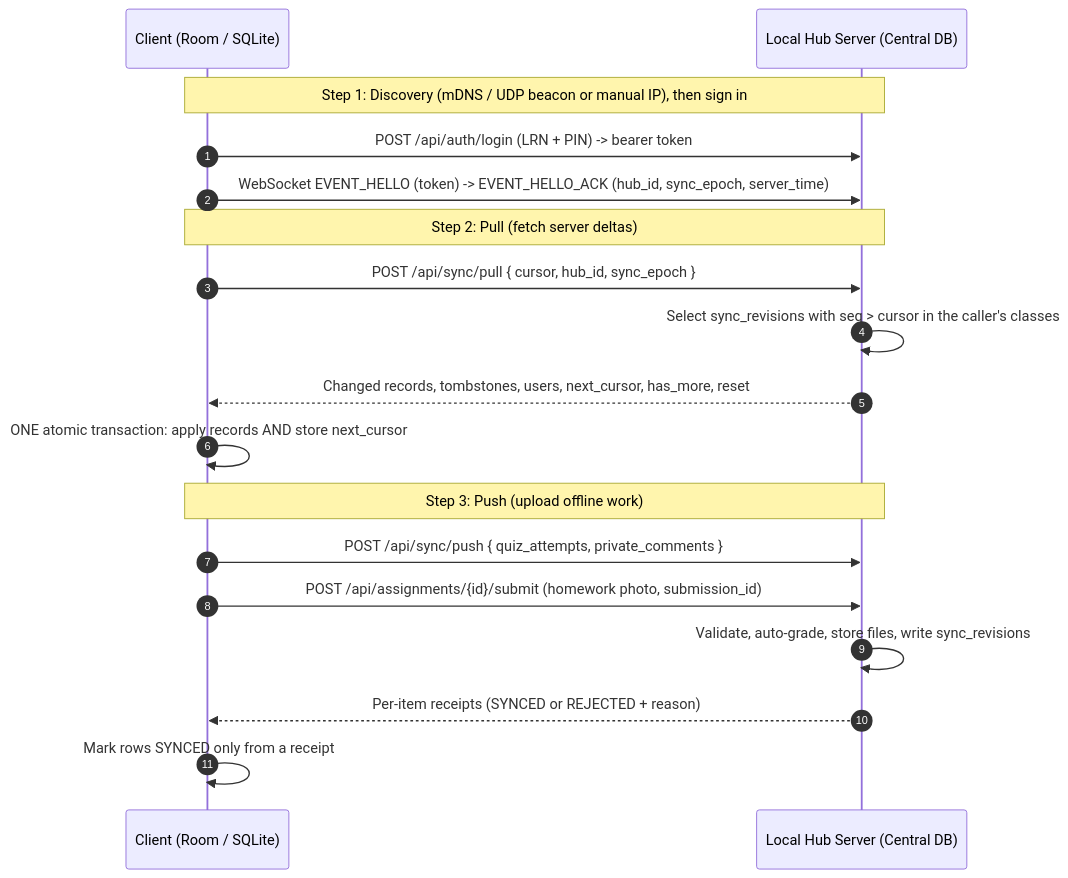
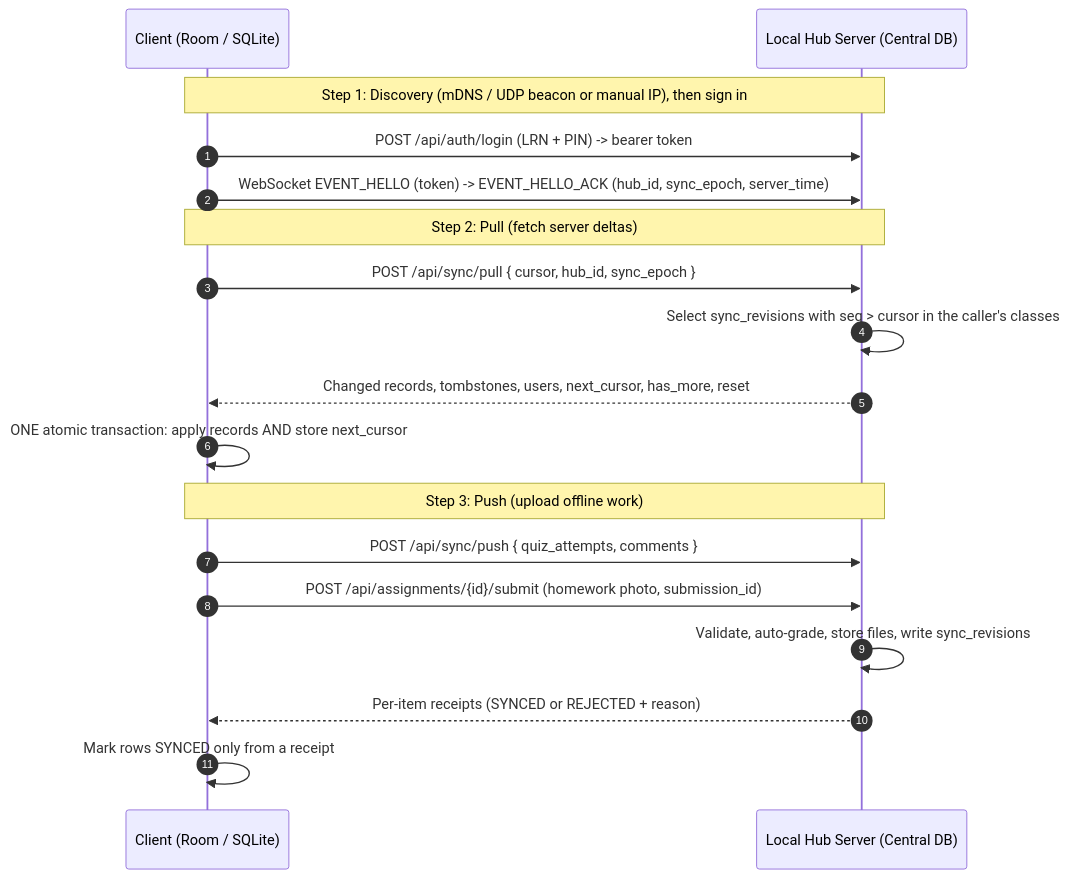
Before and after one commit to BootlegYouki/L.A.R.A: the fifth of 5 diagrams in docs/PRD.md, drawn with Mermaid. The commit also changed other lines of this file and 8 other files, not shown here.

````diff
--- a/docs/PRD.md
+++ b/docs/PRD.md
@@ -314,23 +315,23 @@
 ```mermaid
 sequenceDiagram
  autonumber
  participant App as Client (Room / SQLite)
  participant Hub as Local Hub Server (Central DB)
 
  Note over App,Hub: Step 1: Discovery (mDNS / UDP beacon or manual IP), then sign in
  App->>Hub: POST /api/auth/login (LRN + PIN) -> bearer token
  App->>Hub: WebSocket EVENT_HELLO (token) -> EVENT_HELLO_ACK (hub_id, sync_epoch, server_time)
 
  Note over App,Hub: Step 2: Pull (fetch server deltas)
  App->>Hub: POST /api/sync/pull { cursor, hub_id, sync_epoch }
  Hub->>Hub: Select sync_revisions with seq > cursor in the caller's classes
  Hub-->>App: Changed records, tombstones, users, next_cursor, has_more, reset
  App->>App: ONE atomic transaction: apply records AND store next_cursor
 
  Note over App,Hub: Step 3: Push (upload offline work)
- App->>Hub: POST /api/sync/push { quiz_attempts, private_comments }
+ App->>Hub: POST /api/sync/push { quiz_attempts, comments }
  App->>Hub: POST /api/assignments/{id}/submit (homework photo, submission_id)
  Hub->>Hub: Validate, auto-grade, store files, write sync_revisions
  Hub-->>App: Per-item receipts (SYNCED or REJECTED + reason)
  App->>App: Mark rows SYNCED only from a receipt
 ```
````
